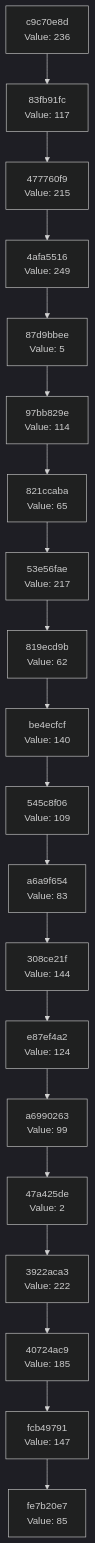
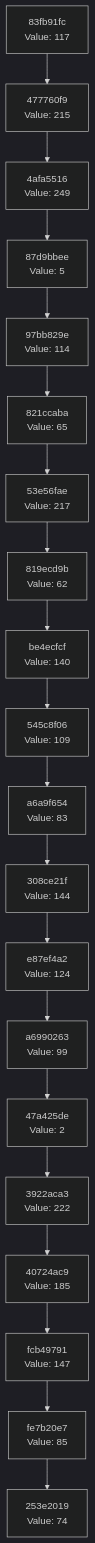
The diagram in docs/CHAIN_VISUALIZATION.md (Abhisheksinha1506/hash-chain-evolver), drawn with Mermaid (dark theme) before and after one commit. The commit also changed 3 other files, not shown here.

````diff
--- a/docs/CHAIN_VISUALIZATION.md
+++ b/docs/CHAIN_VISUALIZATION.md
@@ -3,42 +3,42 @@
 ```mermaid
 graph TD
-    C0["fe7b20e7<br/>Value: 85"]
-    C1["fcb49791<br/>Value: 147"]
+    C0["253e2019<br/>Value: 74"]
+    C1["fe7b20e7<br/>Value: 85"]
     C1 --> C0
-    C2["40724ac9<br/>Value: 185"]
+    C2["fcb49791<br/>Value: 147"]
     C2 --> C1
-    C3["3922aca3<br/>Value: 222"]
+    C3["40724ac9<br/>Value: 185"]
     C3 --> C2
-    C4["47a425de<br/>Value: 2"]
+    C4["3922aca3<br/>Value: 222"]
     C4 --> C3
-    C5["a6990263<br/>Value: 99"]
+    C5["47a425de<br/>Value: 2"]
     C5 --> C4
-    C6["e87ef4a2<br/>Value: 124"]
+    C6["a6990263<br/>Value: 99"]
     C6 --> C5
-    C7["308ce21f<br/>Value: 144"]
+    C7["e87ef4a2<br/>Value: 124"]
     C7 --> C6
-    C8["a6a9f654<br/>Value: 83"]
+    C8["308ce21f<br/>Value: 144"]
     C8 --> C7
-    C9["545c8f06<br/>Value: 109"]
+    C9["a6a9f654<br/>Value: 83"]
     C9 --> C8
-    C10["be4ecfcf<br/>Value: 140"]
+    C10["545c8f06<br/>Value: 109"]
     C10 --> C9
-    C11["819ecd9b<br/>Value: 62"]
+    C11["be4ecfcf<br/>Value: 140"]
     C11 --> C10
-    C12["53e56fae<br/>Value: 217"]
+    C12["819ecd9b<br/>Value: 62"]
     C12 --> C11
-    C13["821ccaba<br/>Value: 65"]
+    C13["53e56fae<br/>Value: 217"]
     C13 --> C12
-    C14["97bb829e<br/>Value: 114"]
+    C14["821ccaba<br/>Value: 65"]
     C14 --> C13
-    C15["87d9bbee<br/>Value: 5"]
+    C15["97bb829e<br/>Value: 114"]
     C15 --> C14
-    C16["4afa5516<br/>Value: 249"]
+    C16["87d9bbee<br/>Value: 5"]
     C16 --> C15
-    C17["477760f9<br/>Value: 215"]
+    C17["4afa5516<br/>Value: 249"]
     C17 --> C16
-    C18["83fb91fc<br/>Value: 117"]
+    C18["477760f9<br/>Value: 215"]
     C18 --> C17
-    C19["c9c70e8d<br/>Value: 236"]
+    C19["83fb91fc<br/>Value: 117"]
     C19 --> C18
 ```
````
